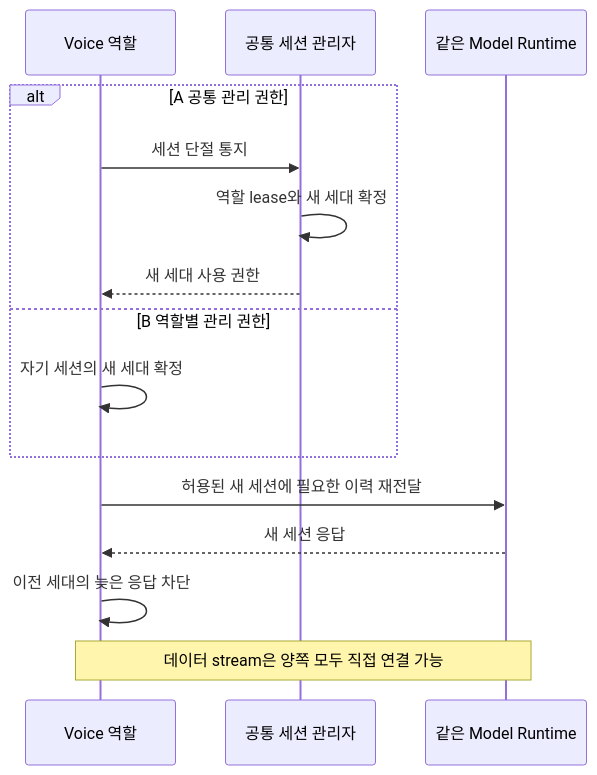
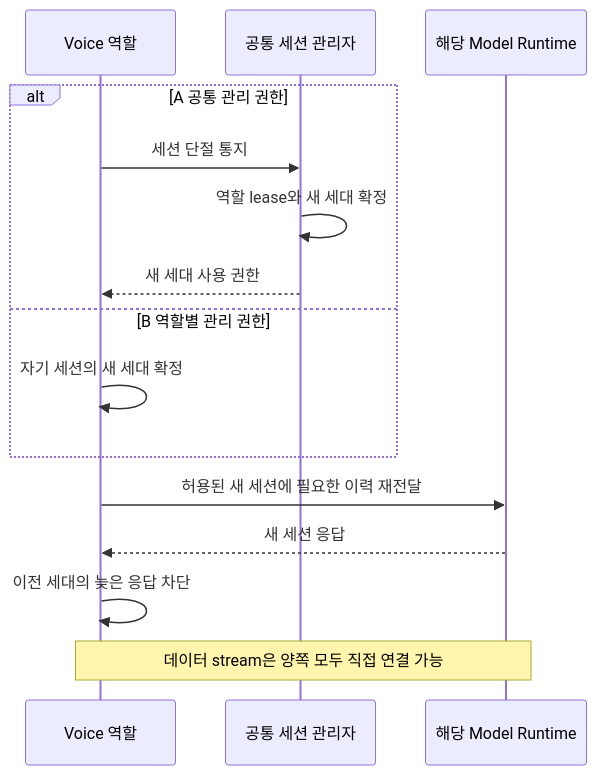
Before and after one commit to cbyche/via-sw-architecture: the fourth of 4 diagrams in docs/architecture/12-decisions/via-dp-10-model-session-authority.md, drawn with Mermaid. The commit also changed other lines of this file and 59 other files, not shown here.

Commit message:
docs: consolidate comprehensive VIA decision inventory and implementation diagrams

````diff
--- a/docs/architecture/12-decisions/via-dp-10-model-session-authority.md
+++ b/docs/architecture/12-decisions/via-dp-10-model-session-authority.md
@@ -110,17 +122,17 @@
 ```mermaid
 sequenceDiagram
  participant V as Voice 역할
  participant M as 공통 세션 관리자
- participant R as 같은 Model Runtime
+ participant R as 해당 Model Runtime
  alt A 공통 관리 권한
  V->>M: 세션 단절 통지
  M->>M: 역할 lease와 새 세대 확정
  M-->>V: 새 세대 사용 권한
  else B 역할별 관리 권한
  V->>V: 자기 세션의 새 세대 확정
  end
  V->>R: 허용된 새 세션에 필요한 이력 재전달
  R-->>V: 새 세션 응답
  V->>V: 이전 세대의 늦은 응답 차단
  Note over V,R: 데이터 stream은 양쪽 모두 직접 연결 가능
 ```
````
